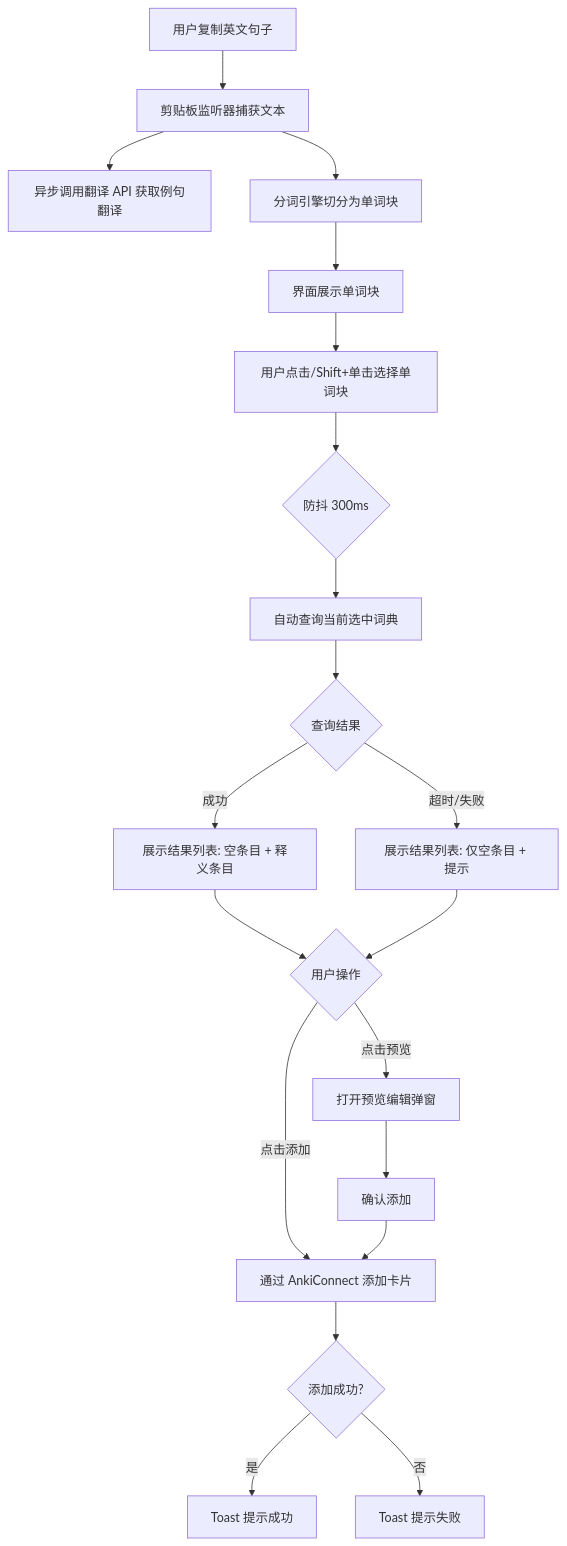
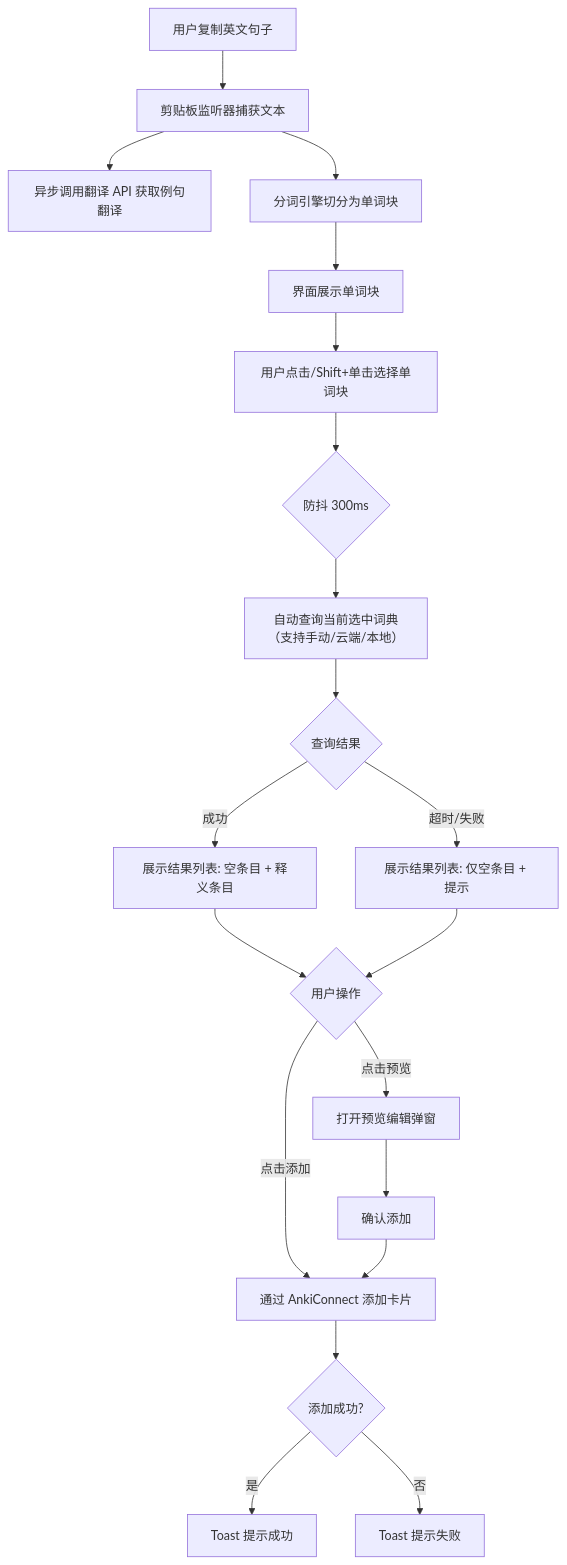
The diagram in docs/PRD.md (Sticky-Finger/ankihelper-pc), drawn with Mermaid before and after one commit. The commit also changed other lines of this file and 6 other files, not shown here.

First line of the commit message:
docs: 更新核心流程图与需求文档，拆分词典查询引擎为三阶段

````diff
--- a/docs/PRD.md
+++ b/docs/PRD.md
@@ -215,22 +232,22 @@
 ```mermaid
 graph TD
     A[用户复制英文句子] --> B[剪贴板监听器捕获文本];
     B --> C[异步调用翻译 API 获取例句翻译];
     B --> D[分词引擎切分为单词块];
     D --> E[界面展示单词块];
     E --> F[用户点击/Shift+单击选择单词块];
     F --> G{防抖 300ms};
-    G --> H[自动查询当前选中词典];
+    G --> H[自动查询当前选中词典<br/>（支持手动/云端/本地）];
     H --> I{查询结果};
     I -->|成功| J[展示结果列表: 空条目 + 释义条目];
     I -->|超时/失败| K[展示结果列表: 仅空条目 + 提示];
     J --> L{用户操作};
     K --> L;
     L -->|点击添加| M[通过 AnkiConnect 添加卡片];
     L -->|点击预览| N[打开预览编辑弹窗];
     N --> O[确认添加];
     O --> M;
     M --> P{添加成功?};
     P -->|是| Q[Toast 提示成功];
     P -->|否| R[Toast 提示失败];
 ```
````
